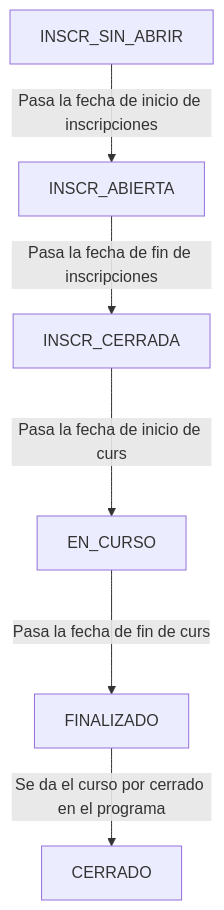
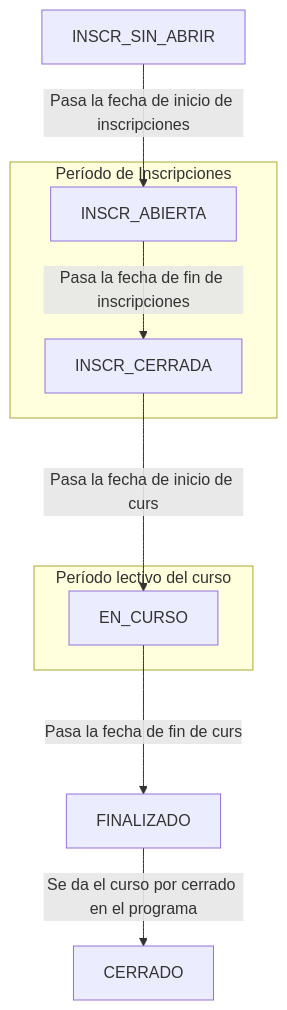
One commit to alexZeLoCO/vault-101 changed the diagram in EPI/3-2/Sistemas de Información/DTE.md. Above: the diagram before and after it, drawn with Mermaid.

````diff
--- a/EPI/3-2/Sistemas de Información/DTE.md
+++ b/EPI/3-2/Sistemas de Información/DTE.md
@@ -2,9 +2,13 @@
 ```mermaid
 flowchart TD
   INSCR_SIN_ABRIR --Pasa la fecha de inicio de inscripciones--> INSCR_ABIERTA
+  subgraph Período de Inscripciones
   INSCR_ABIERTA --Pasa la fecha de fin de inscripciones--> INSCR_CERRADA
+  end
+  subgraph Período lectivo del curso
   INSCR_CERRADA --Pasa la fecha de inicio de curso--> EN_CURSO
+  end  
   EN_CURSO --Pasa la fecha de fin de curso--> FINALIZADO
   FINALIZADO --Se da el curso por cerrado en el programa--> CERRADO
   CERRADO
 ```
````
